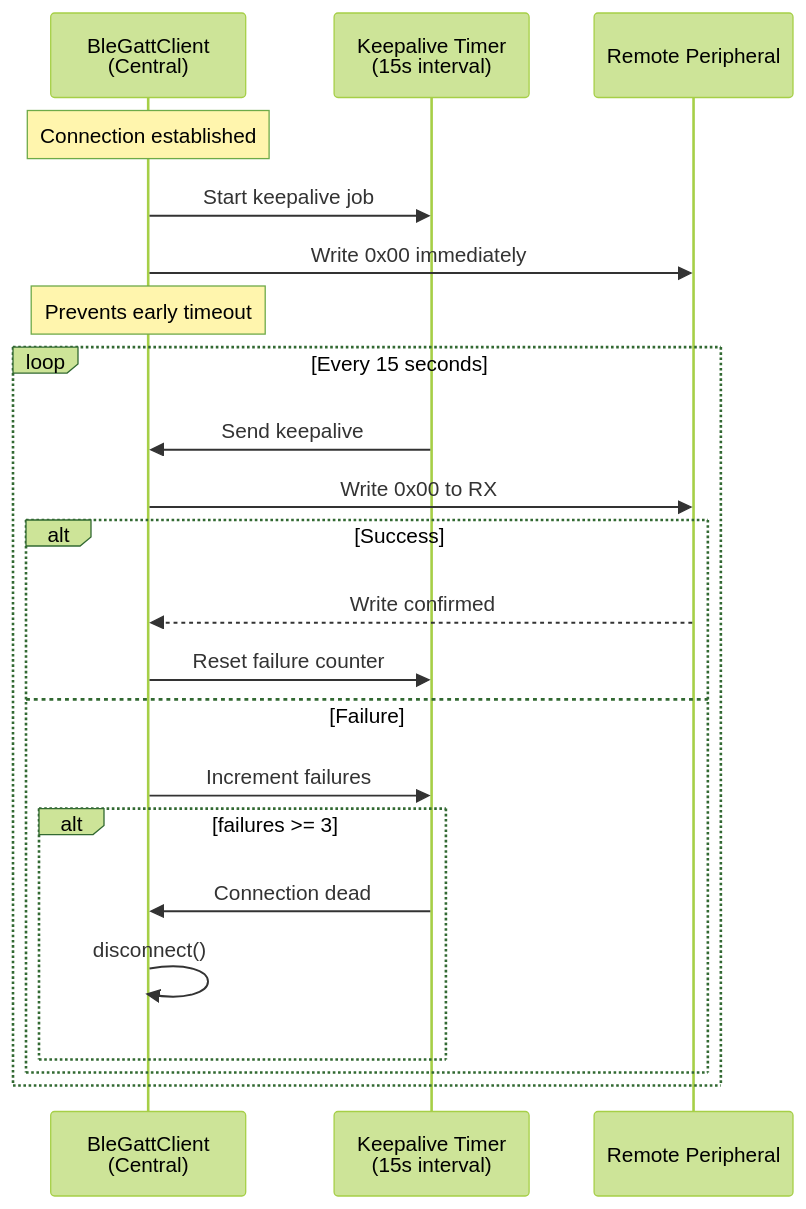
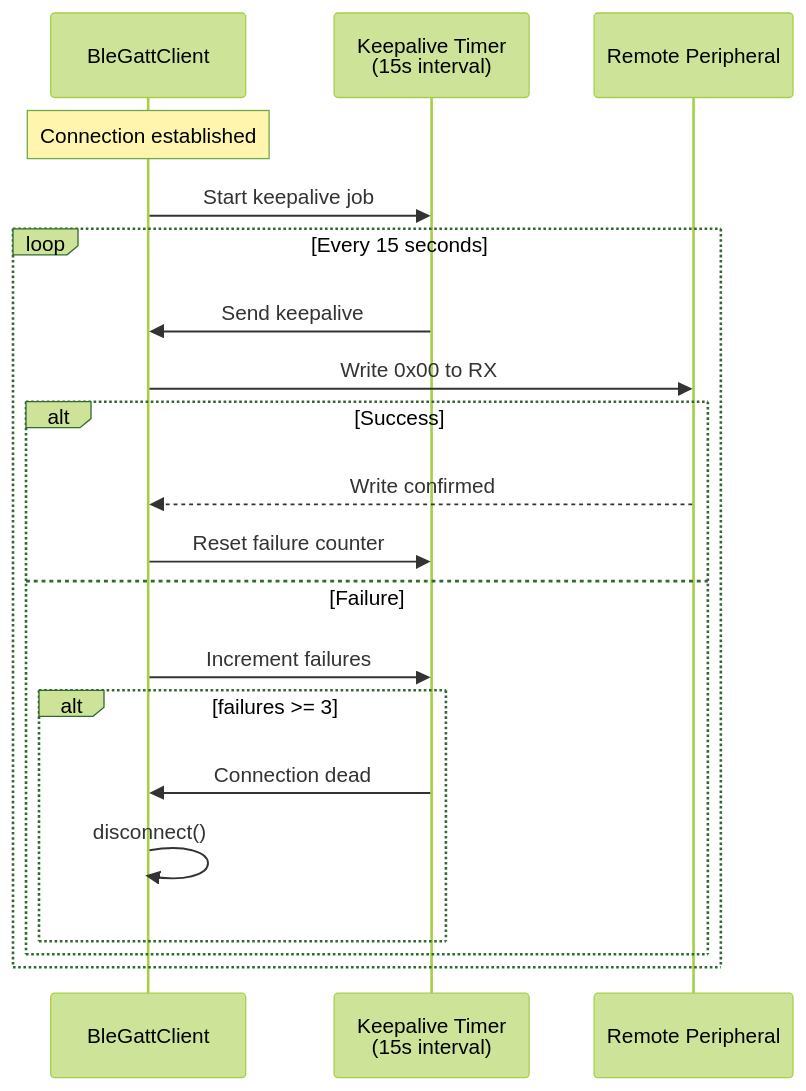
Diagram 15 of 17 in docs/ble-architecture.md (derpyspike/columba), drawn with Mermaid (forest theme) before and after one commit. The commit also changed other lines of this file, not shown here.

Commit message:
docs(ble): improve architecture diagram layout and structure

````diff
--- a/docs/ble-architecture.md
+++ b/docs/ble-architecture.md
@@ -705,26 +492,24 @@
 ```mermaid
 sequenceDiagram
-    participant Client as BleGattClient<br/>(Central)
+    participant Client as BleGattClient
     participant Timer as Keepalive Timer<br/>(15s interval)
     participant Peer as Remote Peripheral
 
     Note over Client: Connection established
     Client->>Timer: Start keepalive job
-    Client->>Peer: Write 0x00 immediately
-    Note over Client: Prevents early timeout
 
     loop Every 15 seconds
         Timer->>Client: Send keepalive
         Client->>Peer: Write 0x00 to RX
         alt Success
             Peer-->>Client: Write confirmed
             Client->>Timer: Reset failure counter
         else Failure
             Client->>Timer: Increment failures
             alt failures >= 3
                 Timer->>Client: Connection dead
                 Client->>Client: disconnect()
             end
         end
     end
 ```
````
